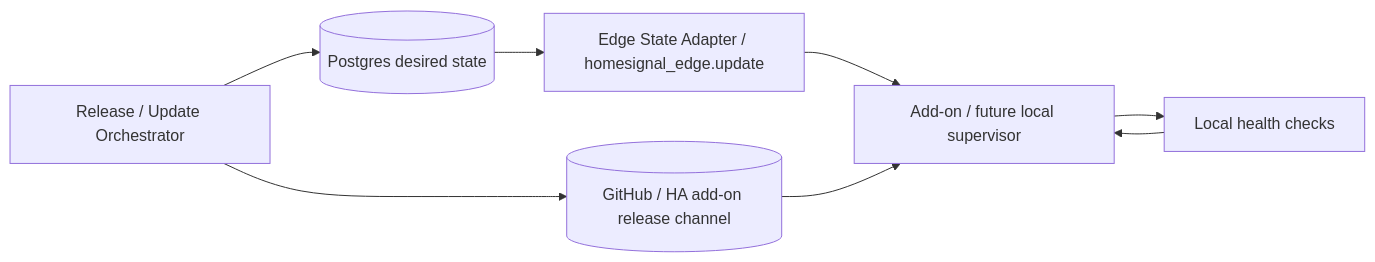
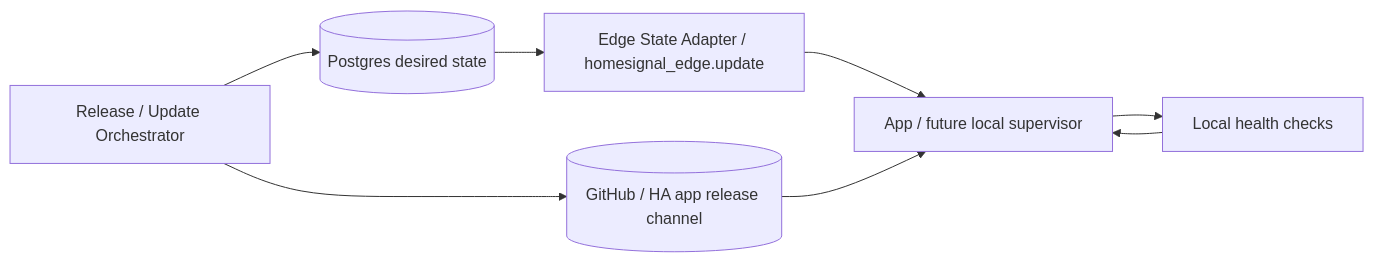
One commit to homesignal-io/homesignal-home-assistant-app changed the eighth of 8 diagrams in design-docs/service-map.md. Above: the diagram before and after it, drawn with Mermaid. The commit also changed other lines of this file and 73 other files, not shown here.

````diff
--- a/design-docs/service-map.md
+++ b/design-docs/service-map.md
@@ -396,10 +396,10 @@
 ```mermaid
 flowchart LR
   Release["Release / Update Orchestrator"] --> DB[("Postgres desired state")]
-  Release --> Repo[("GitHub / HA add-on release channel")]
+  Release --> Repo[("GitHub / HA app release channel")]
   DB --> EdgeState["Edge State Adapter / homesignal_edge.update"]
-  EdgeState --> Addon["Add-on / future local supervisor"]
-  Repo --> Addon
-  Addon --> Health["Local health checks"]
-  Health --> Addon
+  EdgeState --> App["App / future local supervisor"]
+  Repo --> App
+  App --> Health["Local health checks"]
+  Health --> App
 ```
````
